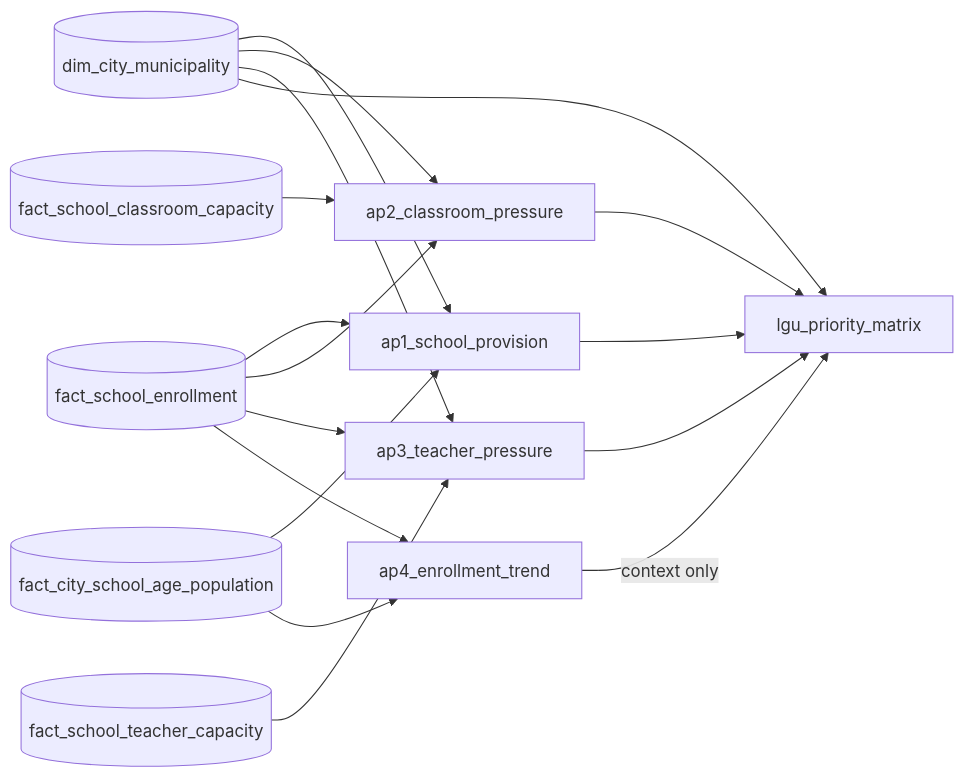
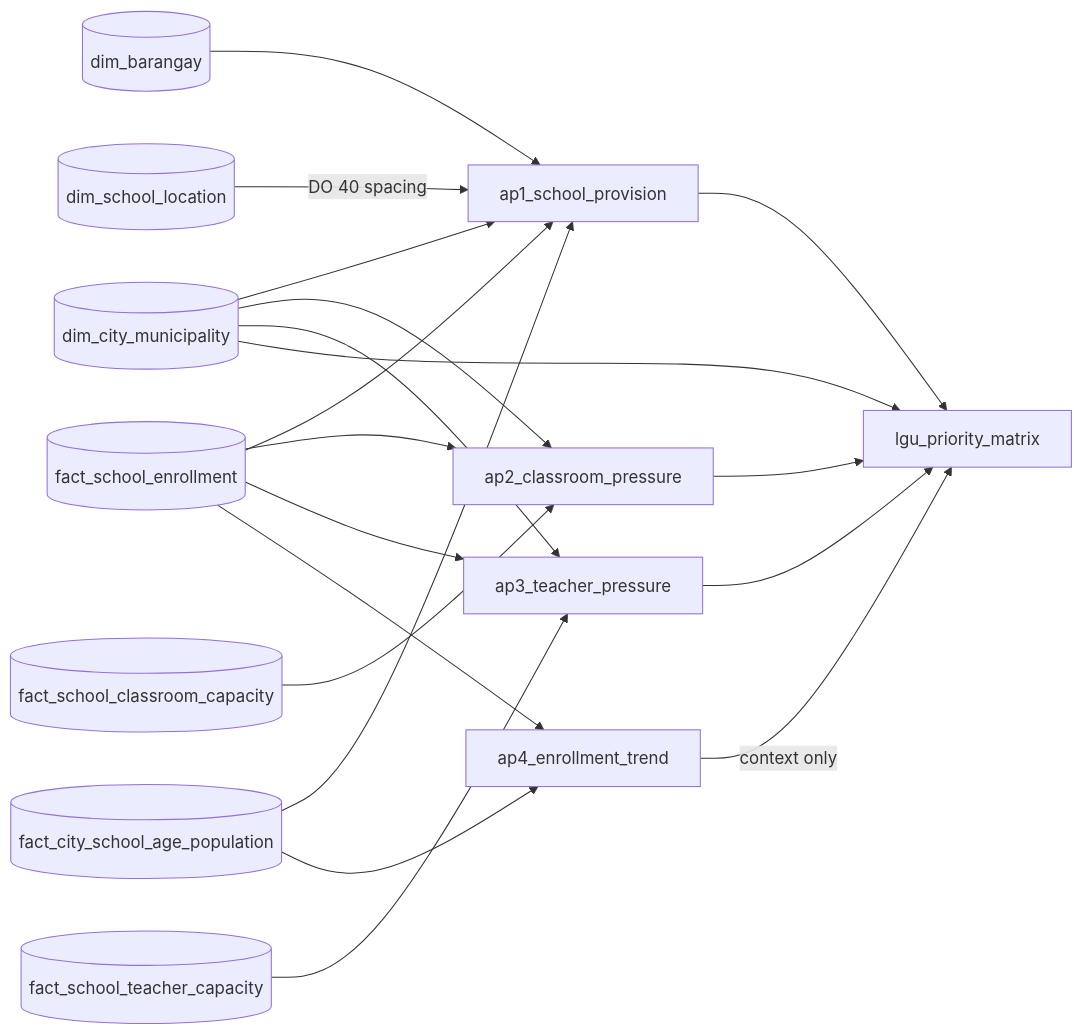
Before and after one commit to reached-hq/edu-access-intelligence: the diagram in etl/06_analytics/README.md, drawn with Mermaid. The commit also changed other lines of this file and 24 other files, not shown here.

First line of the commit message:
Screen AP1 against DepEd Order 40's school-presence and spacing criteria (D-061)

````diff
--- a/etl/06_analytics/README.md
+++ b/etl/06_analytics/README.md
@@ -7,12 +7,14 @@
 ```mermaid
 flowchart LR
     enroll[(fact_school_enrollment)] --> ap1 & ap2 & ap3 & ap4
     age[(fact_city_school_age_population)] --> ap1 & ap4
     rooms[(fact_school_classroom_capacity)] --> ap2
     teachers[(fact_school_teacher_capacity)] --> ap3
     city[(dim_city_municipality)] --> ap1 & ap2 & ap3 & matrix
+    bgy[(dim_barangay)] --> ap1
+    loc[(dim_school_location)] -->|DO 40 spacing| ap1
     ap1[ap1_school_provision] --> matrix
     ap2[ap2_classroom_pressure] --> matrix
     ap3[ap3_teacher_pressure] --> matrix
     ap4[ap4_enrollment_trend] -->|context only| matrix[lgu_priority_matrix]
 ```
````
